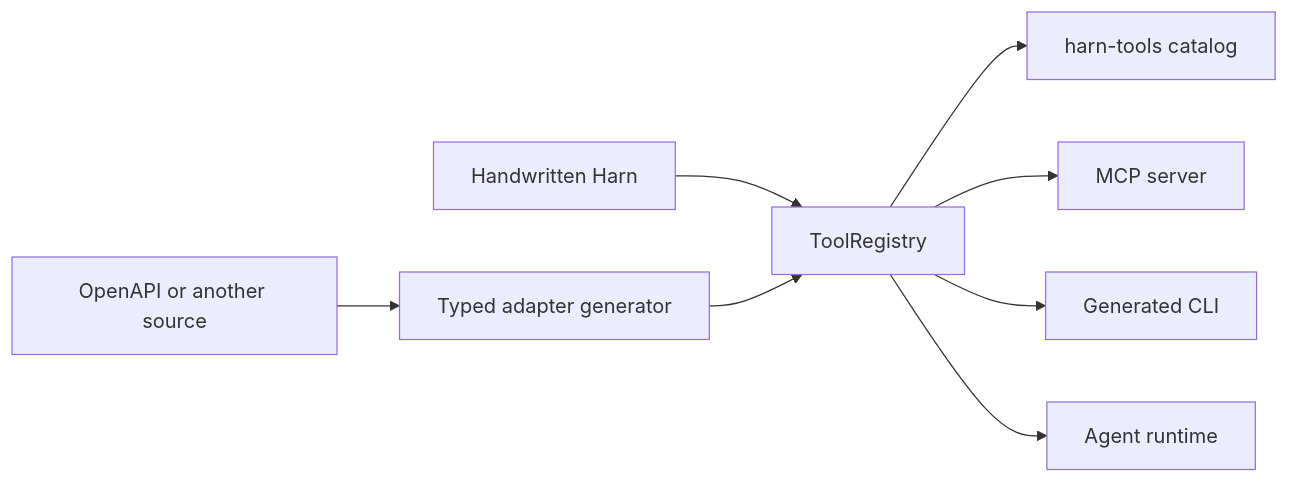
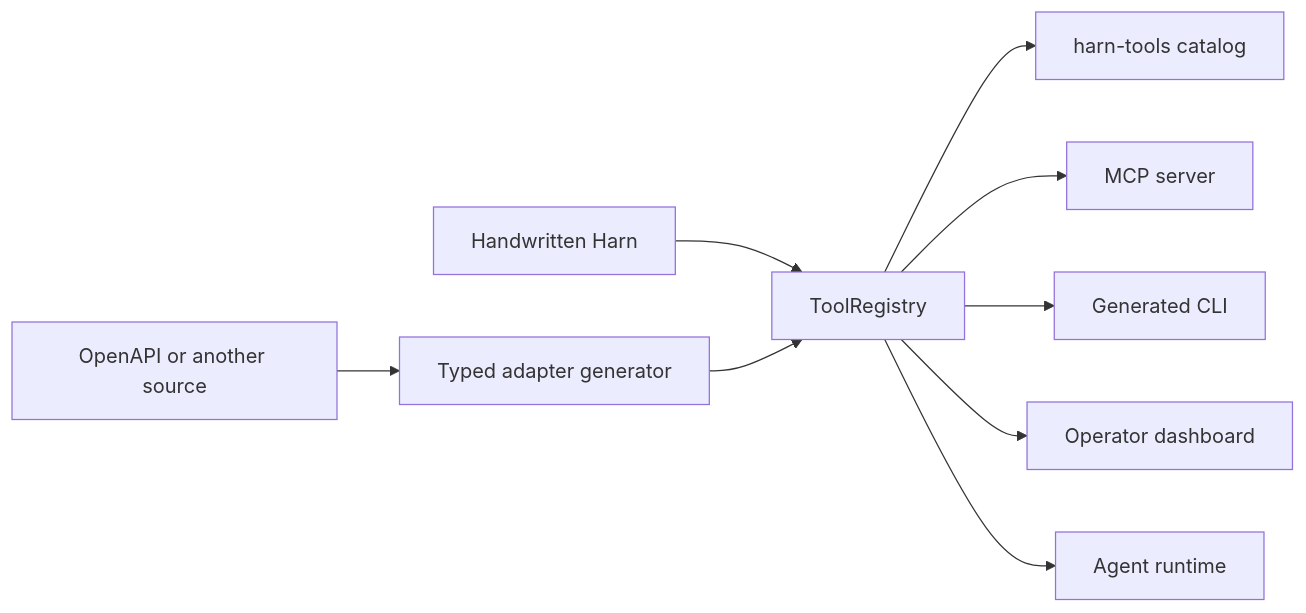
The diagram in docs/src/tool-adapter-architecture.md (burin-labs/harn), drawn with Mermaid before and after one commit. The commit also changed other lines of this file and 9 other files, not shown here.

````diff
--- a/docs/src/tool-adapter-architecture.md
+++ b/docs/src/tool-adapter-architecture.md
@@ -7,10 +7,11 @@
 ```mermaid
 flowchart LR
     O[OpenAPI or another source] --> G[Typed adapter generator]
     H[Handwritten Harn] --> R[ToolRegistry]
     G --> R
     R --> C[harn-tools catalog]
     R --> M[MCP server]
     R --> L[Generated CLI]
+    R --> D[Operator dashboard]
     R --> A[Agent runtime]
 ```
````
